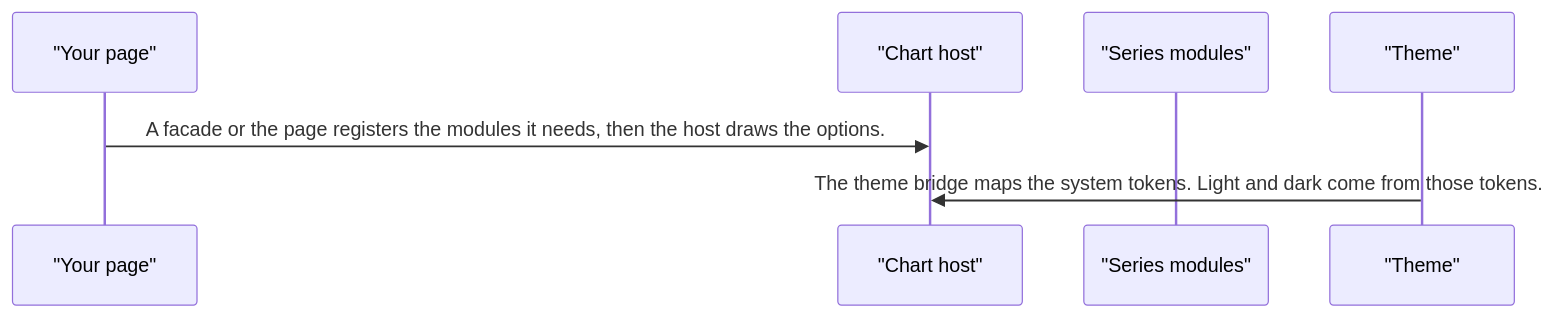
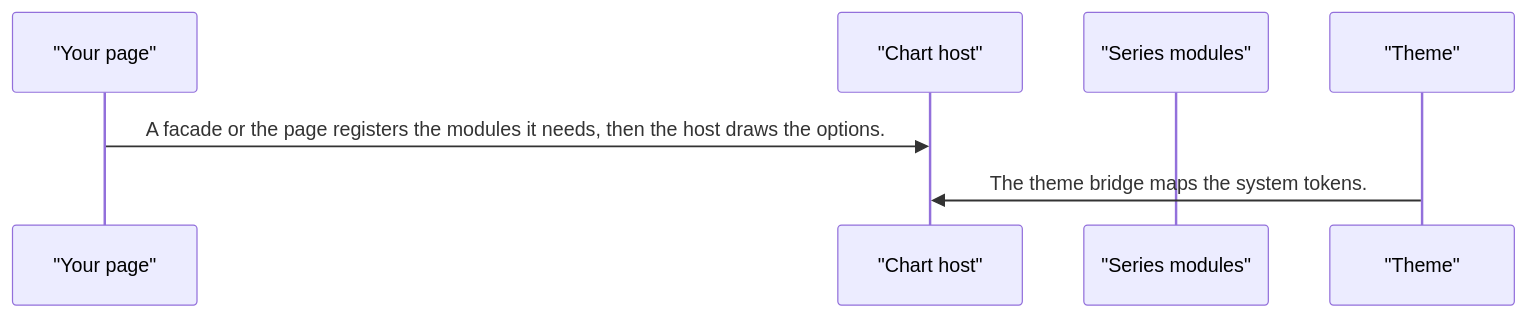
Before and after one commit to RajshekharBorate/pixel-ui: the second of 4 diagrams in projects/pixel-ui/src/lib/pixel-chart/DESIGN.md, drawn with Mermaid. The commit also changed other lines of this file and 80 other files, not shown here.

Commit message:
Fill missing design flows and correct the stories that did not match component behavior.

````diff
--- a/projects/pixel-ui/src/lib/pixel-chart/DESIGN.md
+++ b/projects/pixel-ui/src/lib/pixel-chart/DESIGN.md
@@ -50,9 +50,9 @@
 ```mermaid
 sequenceDiagram
   participant page as "Your page"
   participant host as "Chart host"
   participant mod as "Series modules"
   participant theme as "Theme"
   page->>host: A facade or the page registers the modules it needs, then the host draws the options.
-  theme->>host: The theme bridge maps the system tokens. Light and dark come from those tokens.
+  theme->>host: The theme bridge maps the system tokens.
 ```
````
